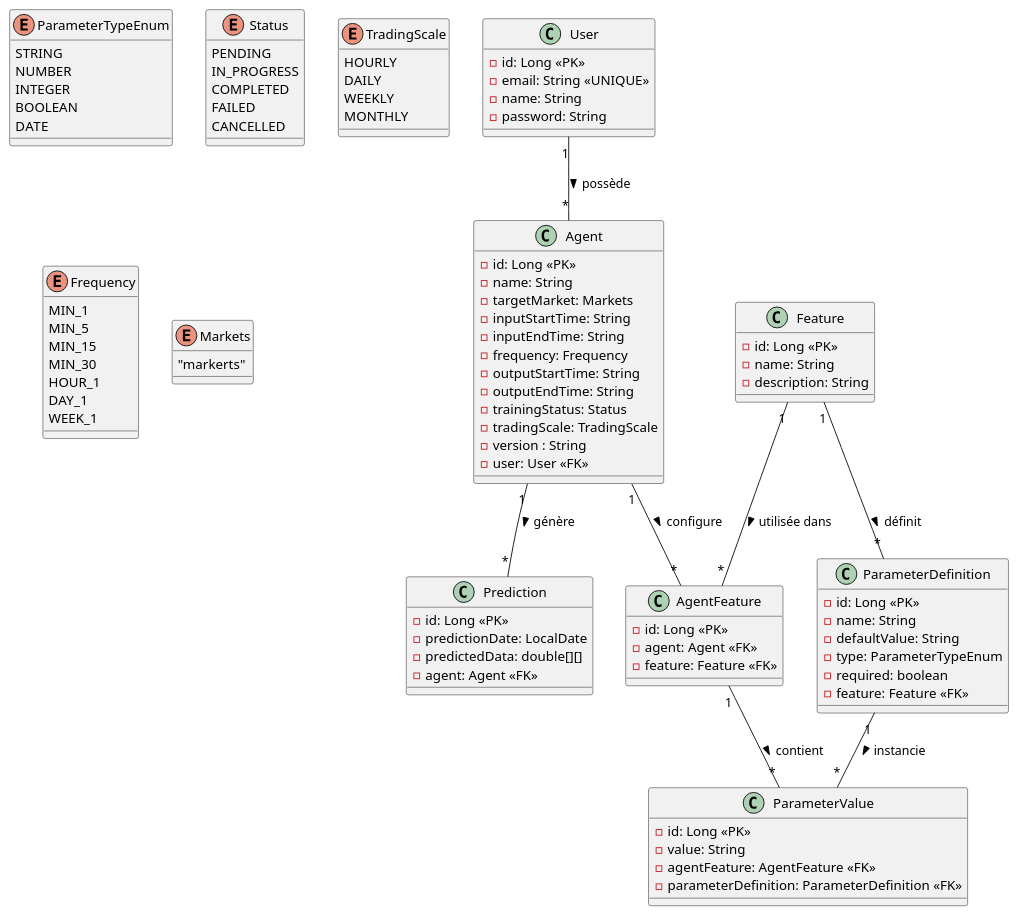
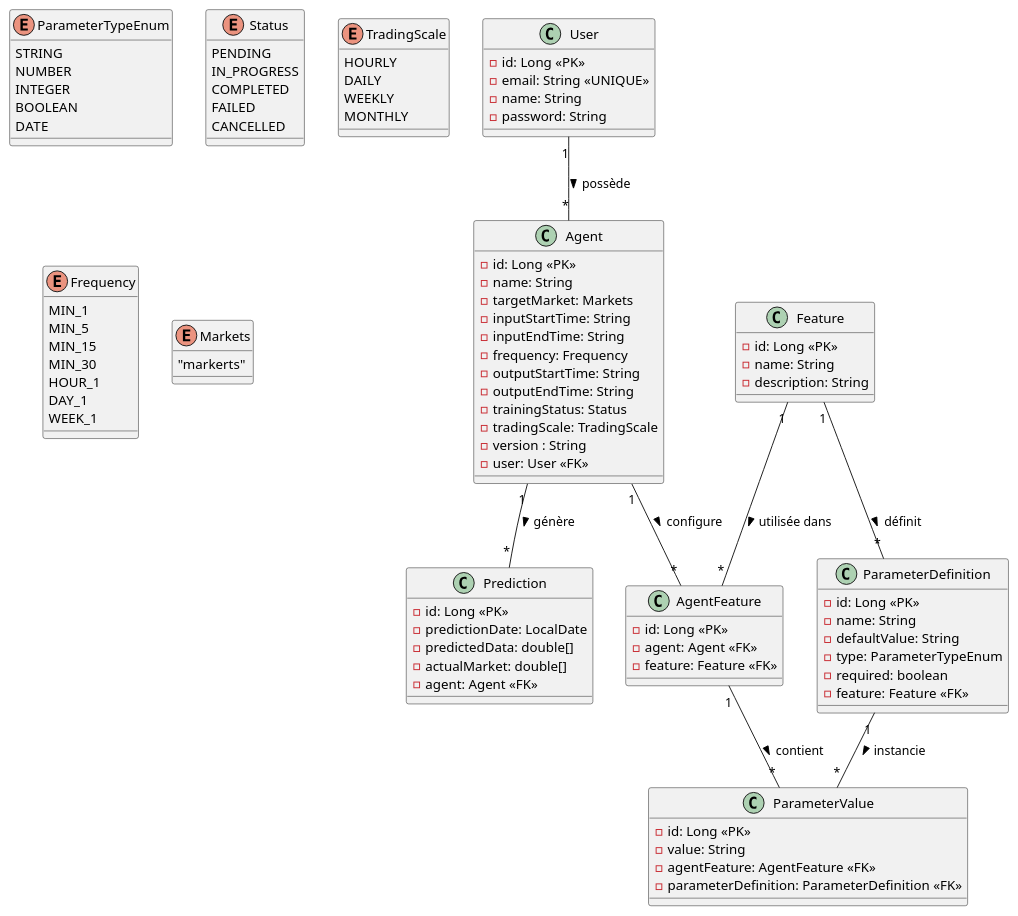
Before and after one commit to tradefi-2025/demo_ai_back: the diagram in docs/bdd_demo.puml, drawn with PlantUML. The commit also changed 14 other files, not shown here.

```diff
--- a/docs/bdd_demo.puml
+++ b/docs/bdd_demo.puml
@@ -1,106 +1,107 @@
 @startuml
 ' Entités principales
 class User {
   -id: Long <<PK>>
   -email: String <<UNIQUE>>
   -name: String
   -password: String
 }
 
 class Agent {
   -id: Long <<PK>>
   -name: String
   -targetMarket: Markets
   -inputStartTime: String
   -inputEndTime: String
   -frequency: Frequency
   -outputStartTime: String
   -outputEndTime: String
   -trainingStatus: Status
   -tradingScale: TradingScale
   -version : String
   -user: User <<FK>>
 }
 
 class Feature {
   -id: Long <<PK>>
   -name: String
   -description: String
 }
 
 class ParameterDefinition {
   -id: Long <<PK>>
   -name: String
   -defaultValue: String
   -type: ParameterTypeEnum
   -required: boolean
   -feature: Feature <<FK>>
 }
 
 enum ParameterTypeEnum {
   STRING
   NUMBER
   INTEGER
   BOOLEAN
   DATE
 }
 
 enum Status {
   PENDING
   IN_PROGRESS
   COMPLETED
   FAILED
   CANCELLED
 }
 
 enum TradingScale {
   HOURLY
   DAILY
   WEEKLY
   MONTHLY
 }
 
 enum Frequency {
   MIN_1
   MIN_5
   MIN_15
   MIN_30
   HOUR_1
   DAY_1
   WEEK_1
 }
 
 enum Markets
 {
     "markerts"
 }
 class AgentFeature {
   -id: Long <<PK>>
   -agent: Agent <<FK>>
   -feature: Feature <<FK>>
 }
 
 class ParameterValue {
   -id: Long <<PK>>
   -value: String
   -agentFeature: AgentFeature <<FK>>
   -parameterDefinition: ParameterDefinition <<FK>>
 }
 
 class Prediction {
   -id: Long <<PK>>
   -predictionDate: LocalDate
-  -predictedData: double[][]
+  -predictedData: double[]
+  -actualMarket: double[]
   -agent: Agent <<FK>>
 }
 
 ' Relations entre entités
 User "1" -- "*" Agent : possède >
 Agent "1" -- "*" AgentFeature : configure >
 Agent "1" -- "*" Prediction : génère >
 Feature "1" -- "*" AgentFeature : utilisée dans >
 Feature "1" -- "*" ParameterDefinition : définit >
 AgentFeature "1" -- "*" ParameterValue : contient >
 ParameterDefinition "1" -- "*" ParameterValue : instancie >
 
 @enduml
```
